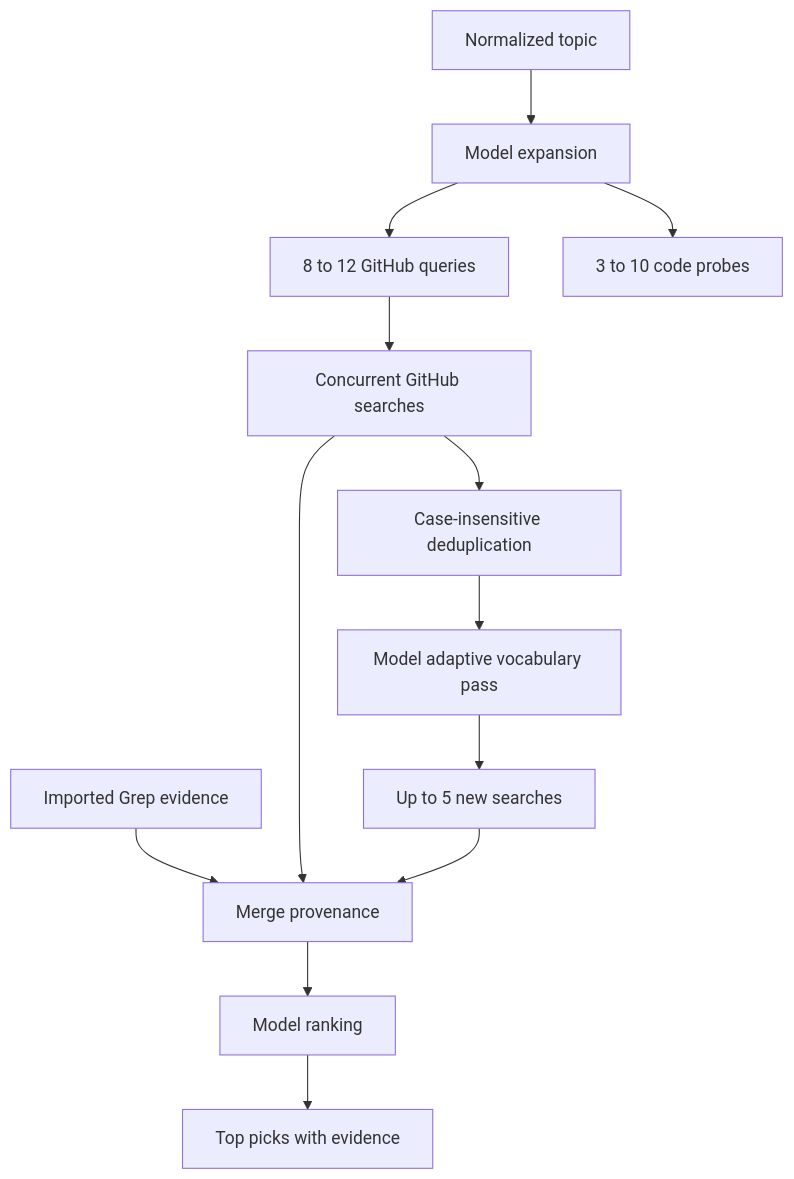
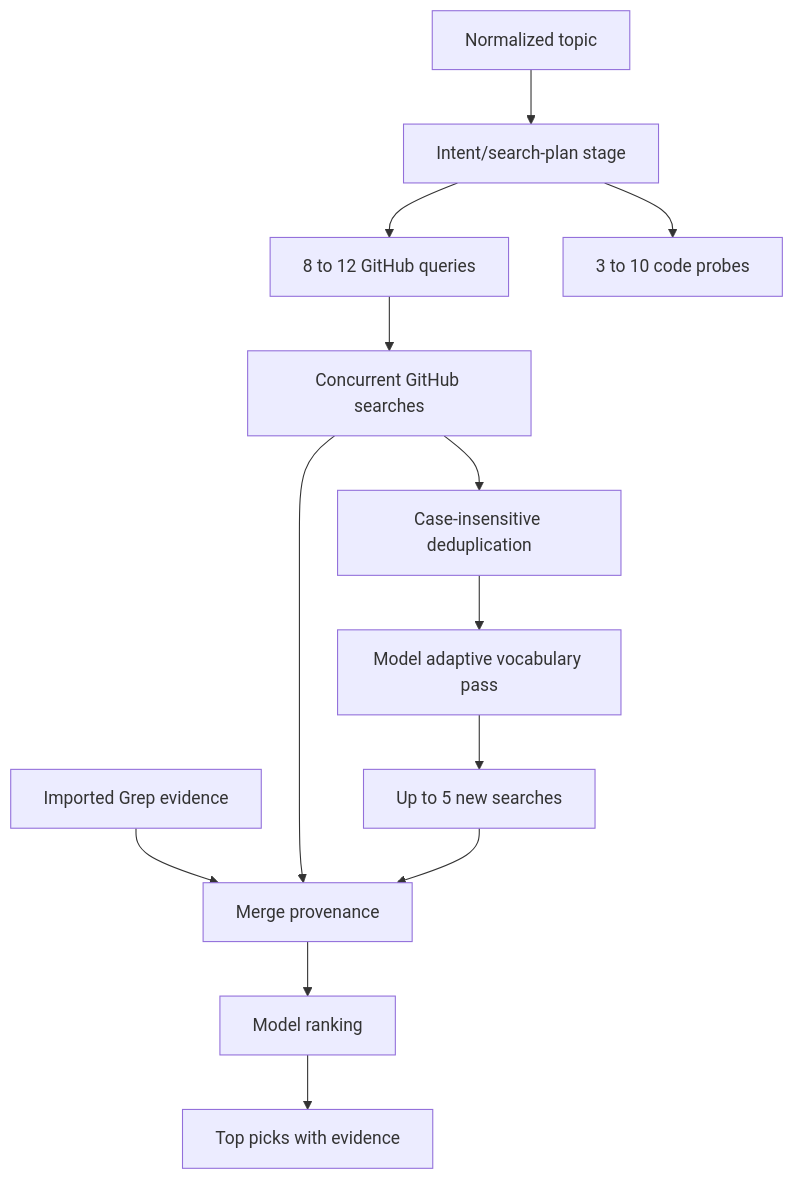
Before and after one commit to g-baskin/ghitty: the diagram in library/knowledge/private/search/search-retrieval-pipeline.md, drawn with Mermaid. The commit also changed other lines of this file and 3 other files, not shown here.

Commit message:
Add completed PRD and refresh knowledge docs for intent/search-plan refactoring

````diff
--- a/library/knowledge/private/search/search-retrieval-pipeline.md
+++ b/library/knowledge/private/search/search-retrieval-pipeline.md
@@ -16,15 +16,15 @@
 ```mermaid
 flowchart TD
-    Topic[Normalized topic] --> Expand[Model expansion]
+    Topic[Normalized topic] --> Expand[Intent/search-plan stage]
     Expand --> Q1[8 to 12 GitHub queries]
     Expand --> Probes[3 to 10 code probes]
     Q1 --> Search1[Concurrent GitHub searches]
     Search1 --> Merge1[Case-insensitive deduplication]
     Merge1 --> Adapt[Model adaptive vocabulary pass]
     Adapt --> Search2[Up to 5 new searches]
     Evidence[Imported Grep evidence] --> Merge2[Merge provenance]
     Search1 --> Merge2
     Search2 --> Merge2
     Merge2 --> Rank[Model ranking]
     Rank --> Picks[Top picks with evidence]
 ```
````
